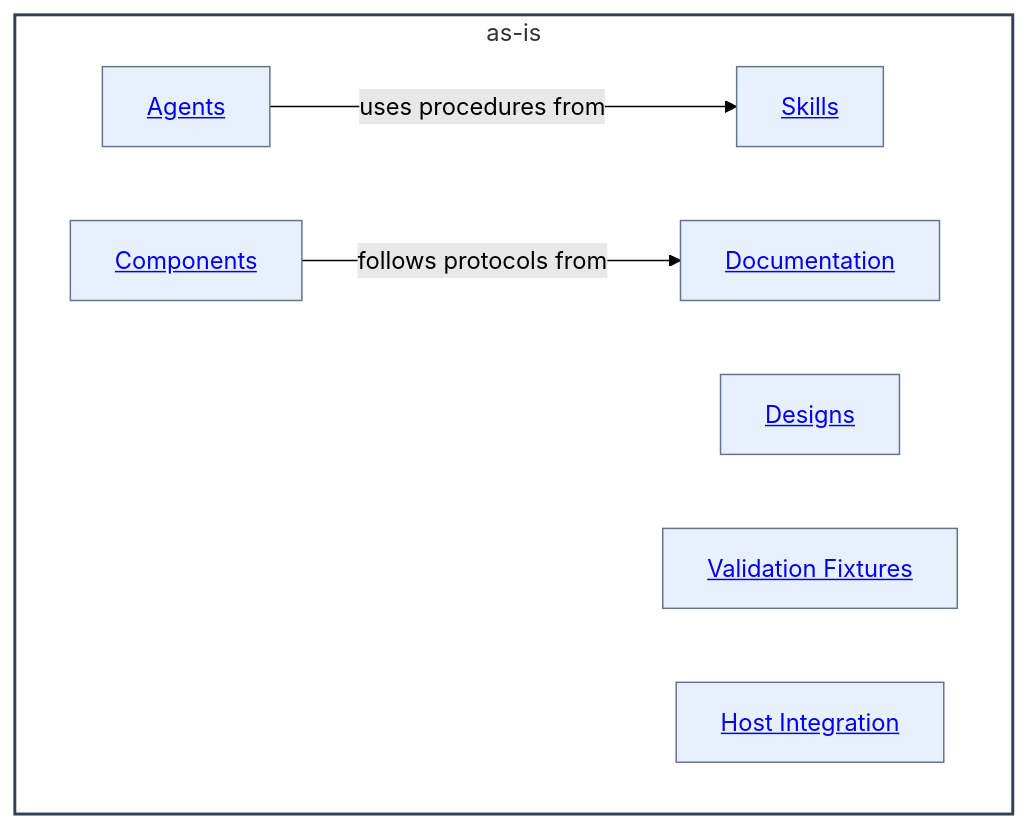
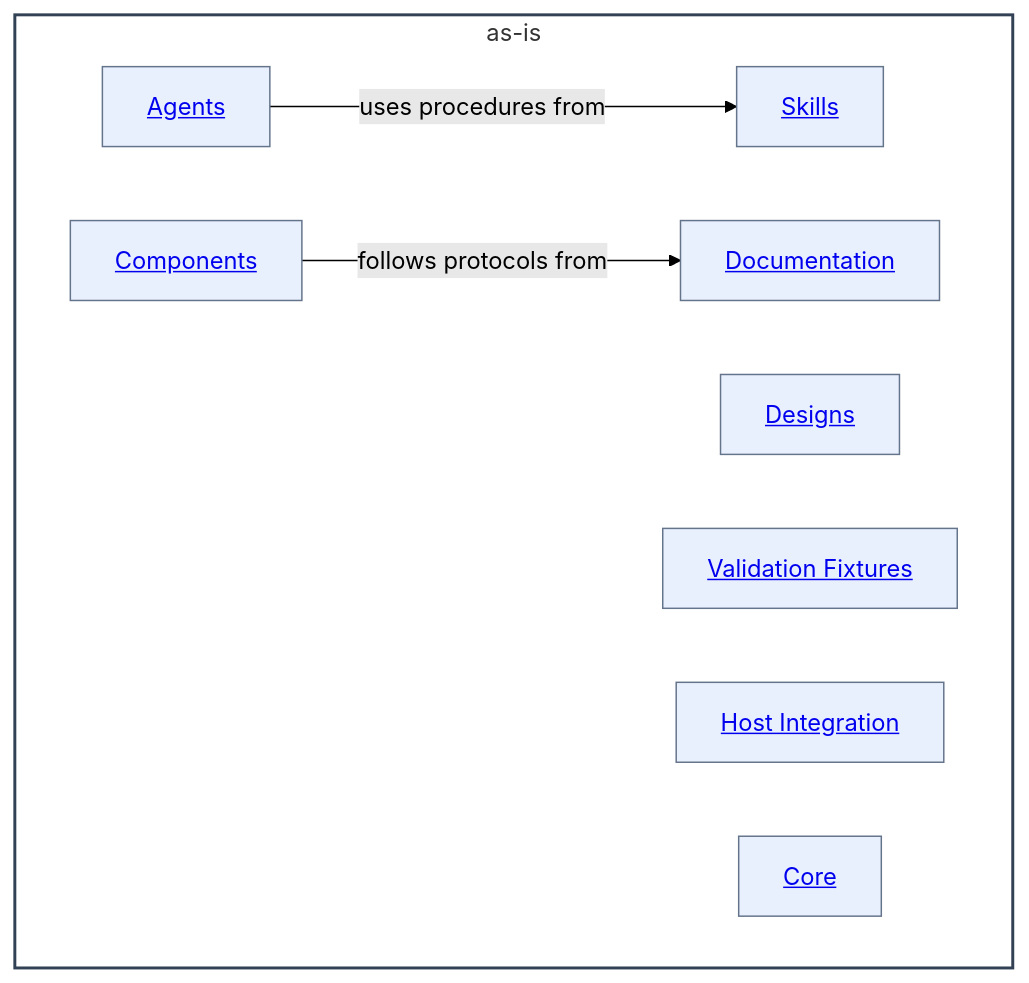
The diagram in as-is.md (abstract-business-systems/as-is), drawn with Mermaid (forest theme) before and after one commit. The commit also changed other lines of this file and 26 other files, not shown here.

````diff
--- a/as-is.md
+++ b/as-is.md
@@ -40,20 +41,21 @@
 ```mermaid
 %%{init: {"securityLevel": "loose"}}%%
 flowchart LR
     subgraph Root["as-is"]
         direction LR
         Agents["<a href='./agents/as-is.md#design'>Agents</a>"]
         Designs["<a href='./designs/as-is.md#design'>Designs</a>"]
         Skills["<a href='./skills/as-is.md#design'>Skills</a>"]
         Components["<a href='./components/as-is.md#design'>Components</a>"]
         Documentation["<a href='./docs/as-is.md#design'>Documentation</a>"]
         Fixtures["<a href='./validation-fixtures/as-is.md#design'>Validation Fixtures</a>"]
         HostIntegration["<a href='./host-integration/as-is.md#design'>Host Integration</a>"]
+        Core["<a href='./core/as-is.md#design'>Core</a>"]
         Agents -->|uses procedures from| Skills
         Components -->|follows protocols from| Documentation
     end
     classDef component fill:#f8fafc,fill-opacity:0.1,stroke:#334155,stroke-width:2px
     classDef child fill:#2563eb,fill-opacity:0.1,stroke:#64748b,stroke-width:1px
     class Root component
-    class Agents,Designs,Skills,Components,Documentation,Fixtures,HostIntegration child
+    class Agents,Designs,Skills,Components,Documentation,Fixtures,HostIntegration,Core child
 ```
````
